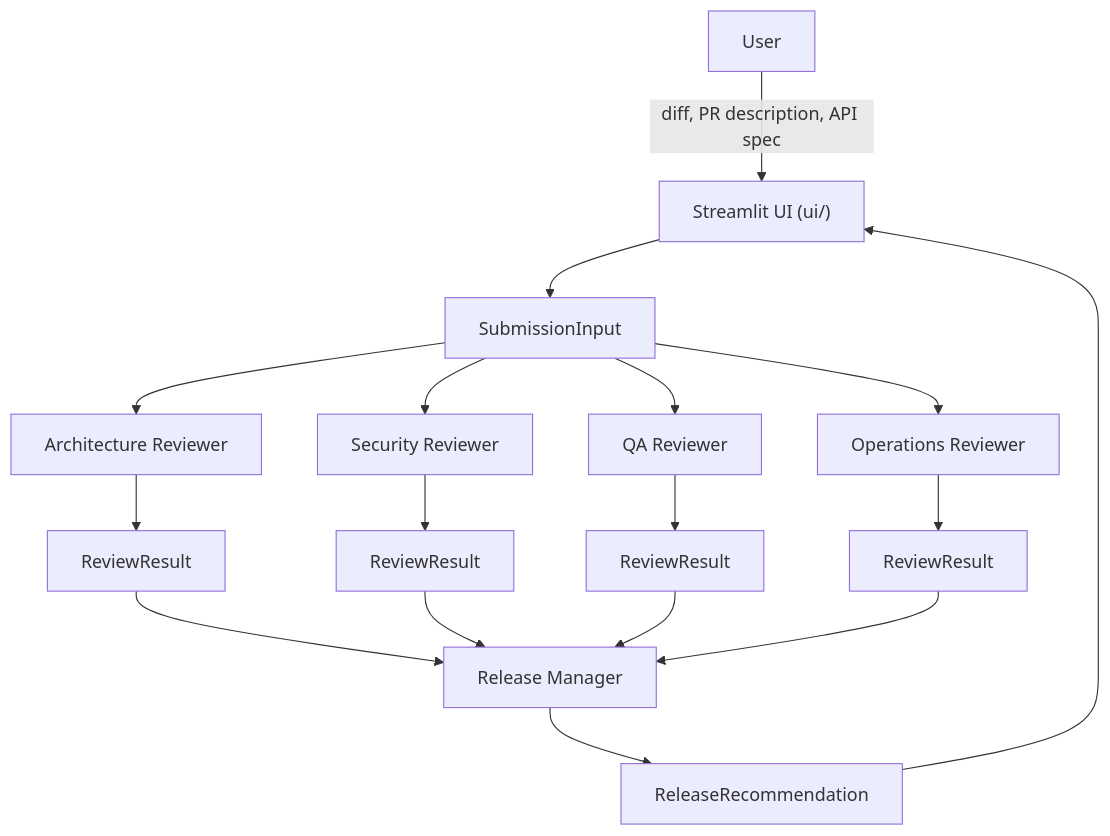
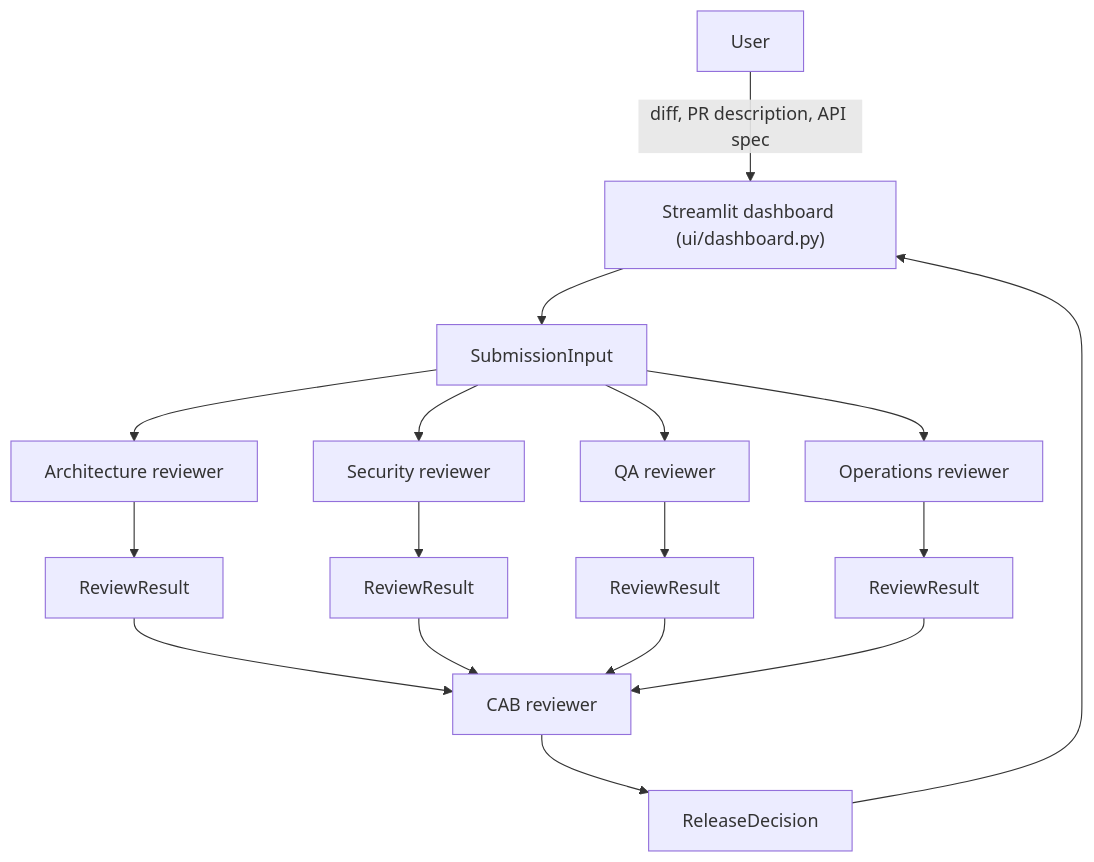
One commit to lauerca2-CJL/shipready-ai changed the diagram in ARCHITECTURE.md. Above: the diagram before and after it, drawn with Mermaid. The commit also changed other lines of this file and 49 other files, not shown here.

````diff
--- a/ARCHITECTURE.md
+++ b/ARCHITECTURE.md
@@ -9,23 +10,23 @@
 ```mermaid
 flowchart TD
-    U["User"] -->|"diff, PR description, API spec"| UI["Streamlit UI (ui/)"]
+    U["User"] -->|"diff, PR description, API spec"| UI["Streamlit dashboard (ui/dashboard.py)"]
     UI --> SI["SubmissionInput"]
 
-    SI --> AR["Architecture Reviewer"]
-    SI --> SR["Security Reviewer"]
-    SI --> QR["QA Reviewer"]
-    SI --> OR["Operations Reviewer"]
+    SI --> AR["Architecture reviewer"]
+    SI --> SR["Security reviewer"]
+    SI --> QR["QA reviewer"]
+    SI --> OR["Operations reviewer"]
 
     AR --> RR1["ReviewResult"]
     SR --> RR2["ReviewResult"]
     QR --> RR3["ReviewResult"]
     OR --> RR4["ReviewResult"]
 
-    RR1 --> RM["Release Manager"]
-    RR2 --> RM
-    RR3 --> RM
-    RR4 --> RM
+    RR1 --> CAB["CAB reviewer"]
+    RR2 --> CAB
+    RR3 --> CAB
+    RR4 --> CAB
 
-    RM --> REC["ReleaseRecommendation"]
-    REC --> UI
+    CAB --> DEC["ReleaseDecision"]
+    DEC --> UI
 ```
````
